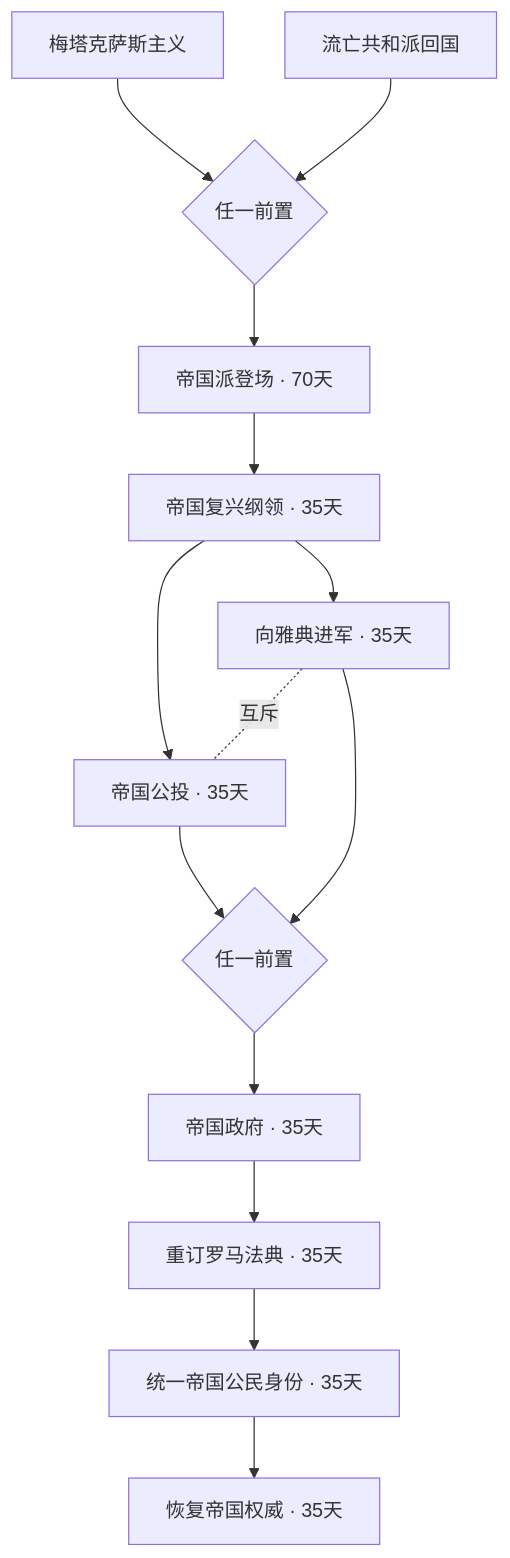
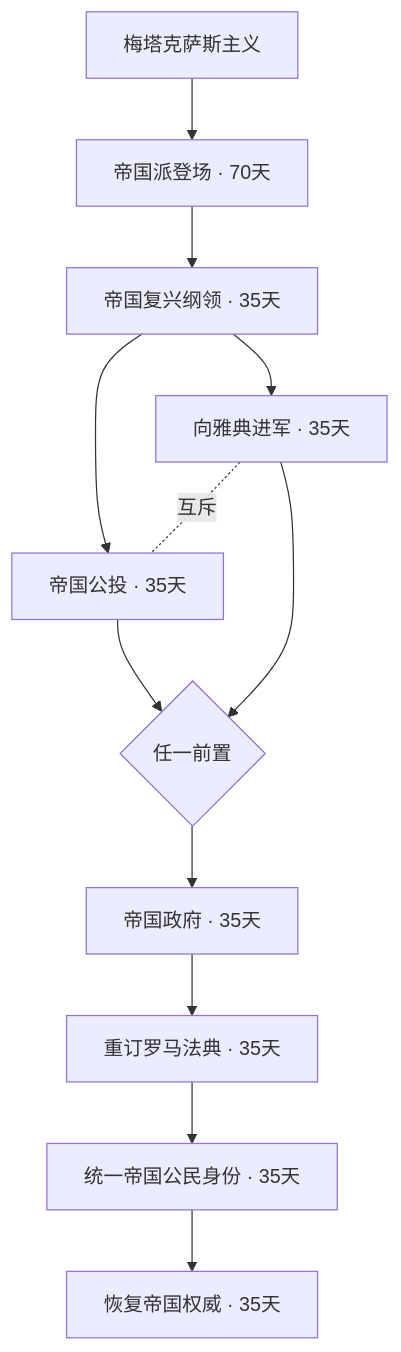
One commit to Harry-Liu23/Heart-Of-Iron-Roma-Empire-Mod changed the first of 22 diagrams in docs/当前完整国策与效果.md. Above: the diagram before and after it, drawn with Mermaid. The commit also changed other lines of this file and 29 other files, not shown here.

````diff
--- a/docs/当前完整国策与效果.md
+++ b/docs/当前完整国策与效果.md
@@ -13,26 +13,23 @@
 ```mermaid
 flowchart TD
     RR_empire["帝国派登场 · 70天"]
     GRE_metaxism_focus["梅塔克萨斯主义"]
-    GRE_bring_home_the_exiled_republicans["流亡共和派回国"]
-    RR_empire_OR{任一前置} --> RR_empire
-    GRE_metaxism_focus --> RR_empire_OR
-    GRE_bring_home_the_exiled_republicans --> RR_empire_OR
+    GRE_metaxism_focus --> RR_empire
     RR_programme["帝国复兴纲领 · 35天"]
     RR_empire --> RR_programme
     RR_referendum["帝国公投 · 35天"]
     RR_programme --> RR_referendum
     RR_march["向雅典进军 · 35天"]
     RR_programme --> RR_march
     RR_march -.互斥.- RR_referendum
     RR_government["帝国政府 · 35天"]
     RR_government_OR{任一前置} --> RR_government
     RR_referendum --> RR_government_OR
     RR_march --> RR_government_OR
     RR_codex["重订罗马法典 · 35天"]
     RR_government --> RR_codex
     RR_citizenship["统一帝国公民身份 · 35天"]
     RR_codex --> RR_citizenship
     RR_authority["恢复帝国权威 · 35天"]
     RR_citizenship --> RR_authority
 ```
````
